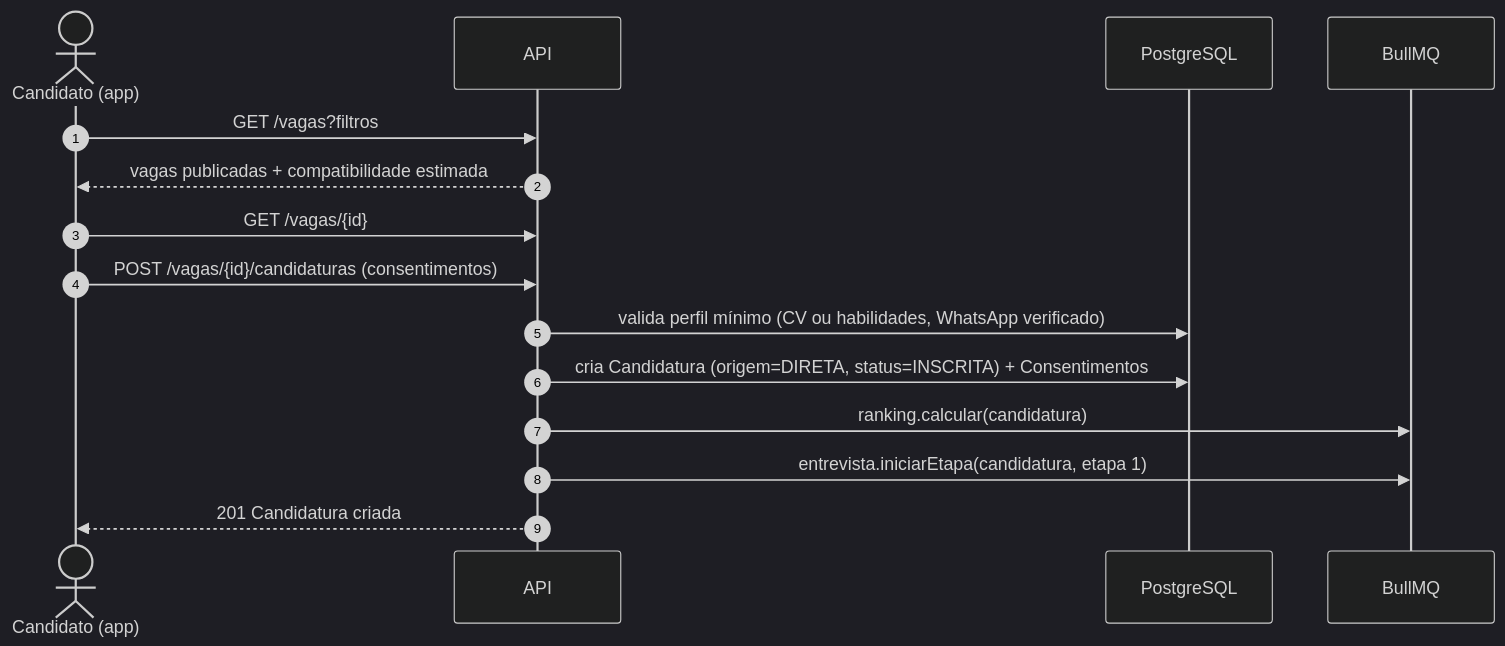
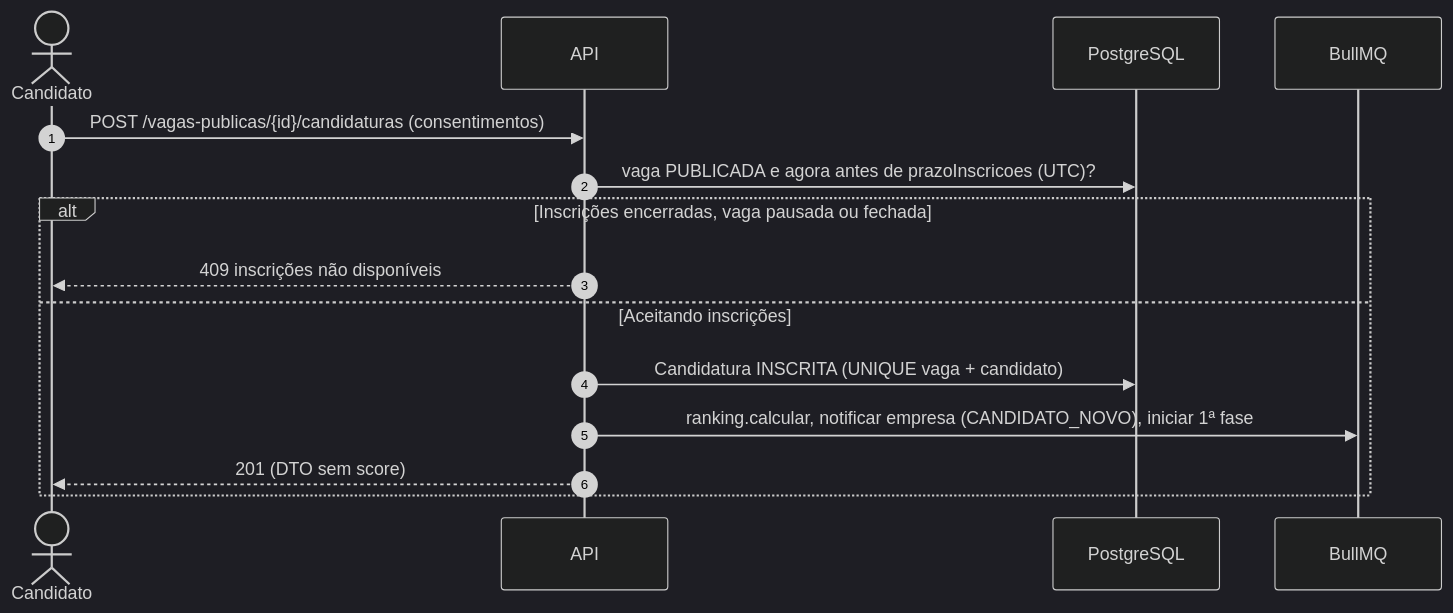
The tenth of 18 diagrams in docs/plano-sistema.md (RenatoBS/sistema-candidatura-vagas), drawn with Mermaid (dark theme) before and after one commit. The commit also changed other lines of this file and 23 other files, not shown here.

First line of the commit message:
docs: incorpora decisões da revisão (voz em tempo real, 10 fases, regras de vaga e entrevista)

````diff
--- a/docs/plano-sistema.md
+++ b/docs/plano-sistema.md
@@ -528,17 +901,17 @@
 ```mermaid
 sequenceDiagram
   autonumber
-  actor C as Candidato (app)
+  actor C as Candidato
   participant API as API
   participant DB as PostgreSQL
   participant Q as BullMQ
-  C->>API: GET /vagas?filtros
-  API-->>C: vagas publicadas + compatibilidade estimada
-  C->>API: GET /vagas/{id}
-  C->>API: POST /vagas/{id}/candidaturas (consentimentos)
-  API->>DB: valida perfil mínimo (CV ou habilidades, WhatsApp verificado)
-  API->>DB: cria Candidatura (origem=DIRETA, status=INSCRITA) + Consentimentos
-  API->>Q: ranking.calcular(candidatura)
-  API->>Q: entrevista.iniciarEtapa(candidatura, etapa 1)
-  API-->>C: 201 Candidatura criada
+  C->>API: POST /vagas-publicas/{id}/candidaturas (consentimentos)
+  API->>DB: vaga PUBLICADA e agora antes de prazoInscricoes (UTC)?
+  alt Inscrições encerradas, vaga pausada ou fechada
+    API-->>C: 409 inscrições não disponíveis
+  else Aceitando inscrições
+    API->>DB: Candidatura INSCRITA (UNIQUE vaga + candidato)
+    API->>Q: ranking.calcular, notificar empresa (CANDIDATO_NOVO), iniciar 1ª fase
+    API-->>C: 201 (DTO sem score)
+  end
 ```
````
